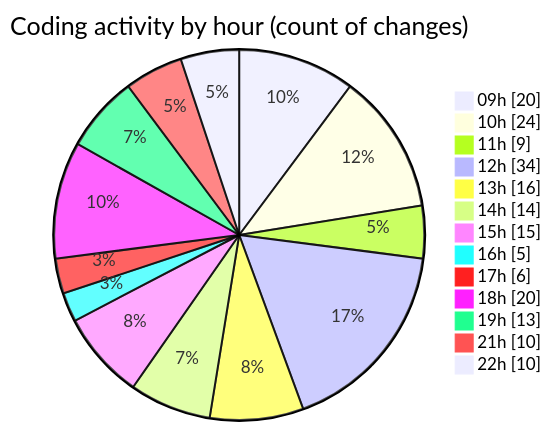
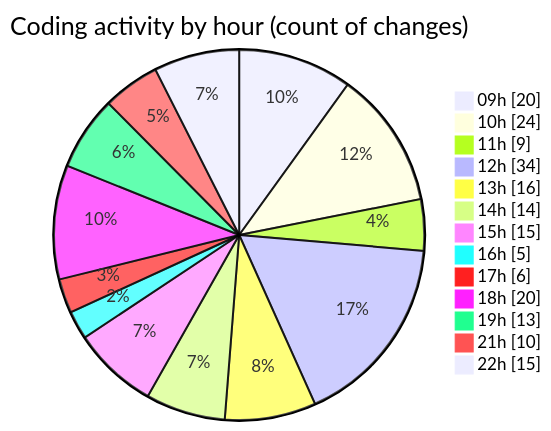
The second of 2 diagrams in 2025-05-19/cda/README.md (momahboobian/code-tracking), drawn with Mermaid before and after one commit. The commit also changed other lines of this file and 1 other file, not shown here.

````diff
--- a/2025-05-19/cda/README.md
+++ b/2025-05-19/cda/README.md
@@ -61,17 +61,17 @@
 ```mermaid
 pie showData
 title Coding activity by hour (count of changes)
 "09h" : 20
 "10h" : 24
 "11h" : 9
 "12h" : 34
 "13h" : 16
 "14h" : 14
 "15h" : 15
 "16h" : 5
 "17h" : 6
 "18h" : 20
 "19h" : 13
 "21h" : 10
-"22h" : 10
+"22h" : 15
 ```
````
